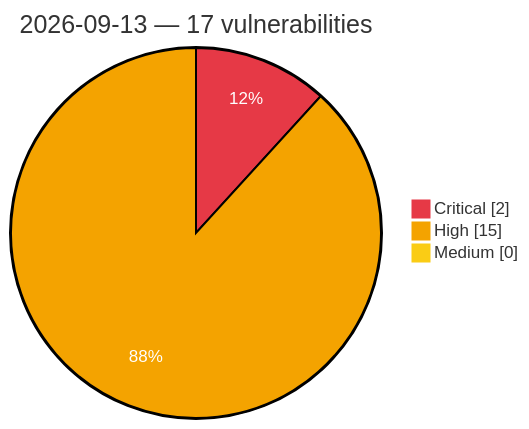
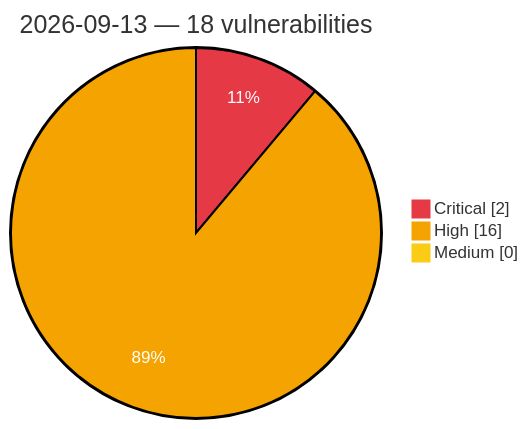
The diagram in vulnerabilities/2026/September/2026-09-13.md (GhostX0X/vuln-tracker), drawn with Mermaid before and after one commit. The commit also changed other lines of this file and 5 other files, not shown here.

````diff
--- a/vulnerabilities/2026/September/2026-09-13.md
+++ b/vulnerabilities/2026/September/2026-09-13.md
@@ -3,8 +3,8 @@
 ```mermaid
 %%{init: {'theme':'base', 'themeVariables': {'pie1':'#e63946', 'pie2':'#f4a300', 'pie3':'#facc15', 'pieOpacity':'1', 'pieOuterStrokeWidth':'2px', 'pieSectionTextColor':'#ffffff'}}}%%
 pie showData
-    title 2026-09-13 — 17 vulnerabilities
+    title 2026-09-13 — 18 vulnerabilities
     "Critical" : 2
-    "High" : 15
+    "High" : 16
     "Medium" : 0
 ```
````
